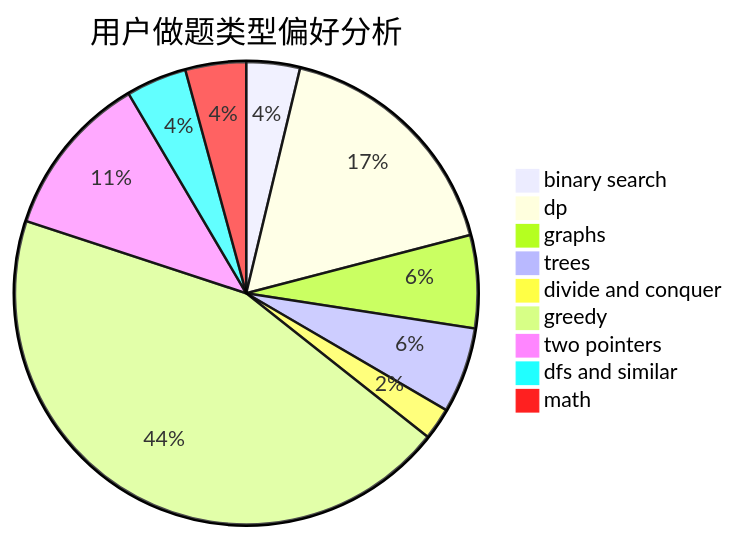
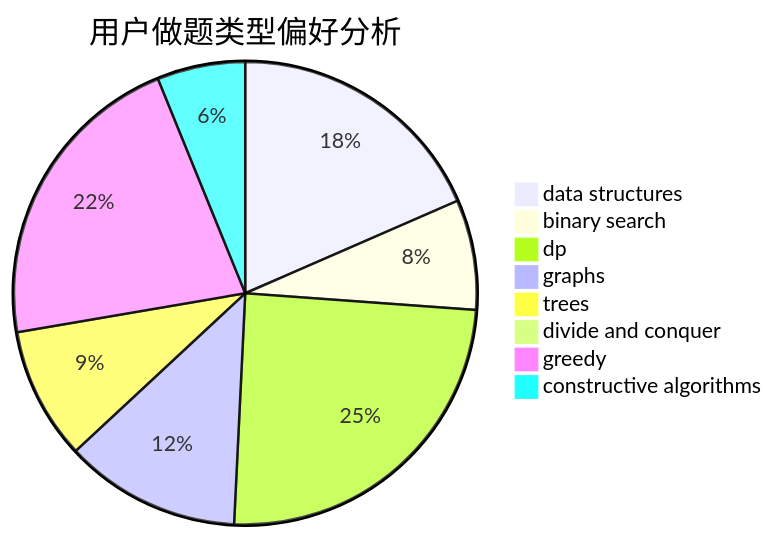
Before and after one commit to sherpahu/cfrs.github.io: the second of 3 diagrams in docs/user/u2729.md, drawn with Mermaid. The commit also changed other lines of this file and 2775 other files, not shown here.

````diff
--- a/docs/user/u2729.md
+++ b/docs/user/u2729.md
@@ -23,12 +23,11 @@
 ```mermaid
 pie title 用户做题类型偏好分析
-    "binary search" :  15
-    "dp" :  69
-    "graphs" :  26
-    "trees" :  24
-    "divide and conquer" :  9
-    "greedy" :  178
-    "two pointers" :  46
-    "dfs and similar" :  17
-    "math" :  17
+    "data structures" :  12
+    "binary search" :  5
+    "dp" :  16
+    "graphs" :  8
+    "trees" :  6
+    "divide and conquer" :  0
+    "greedy" :  14
+    "constructive algorithms" :  4
 ```
````
